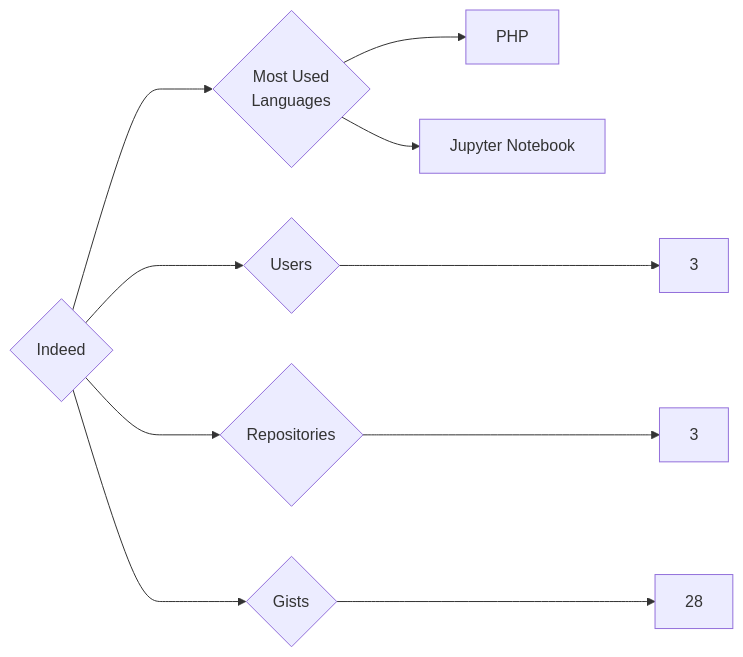
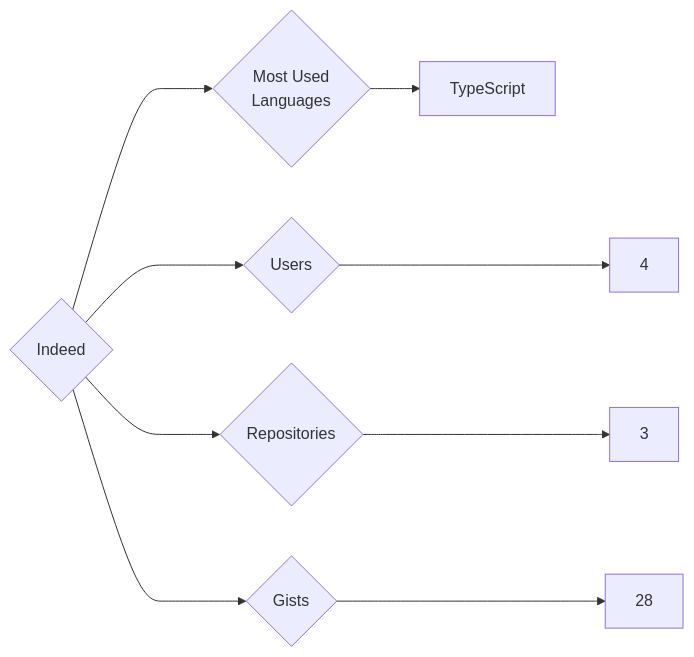
The diagram in targets/Indeed/README.md (trickest/insiders), drawn with Mermaid before and after one commit. The commit also changed 1003 other files, not shown here.

````diff
--- a/targets/Indeed/README.md
+++ b/targets/Indeed/README.md
@@ -3,10 +3,9 @@
 ```mermaid
 graph LR
 COMPANY_NAME{Indeed}
-COMPANY_NAME ---> U{Users} ---> UN[3]
+COMPANY_NAME ---> U{Users} ---> UN[4]
 COMPANY_NAME ---> R{Repositories} ---> RN[3]
 COMPANY_NAME ---> G{Gists} ---> GN[28]
 COMPANY_NAME ---> ML{Most Used<br>Languages}
-ML --> PHP[PHP]
-ML --> Jupyter_Notebook[Jupyter Notebook]
+ML --> TypeScript[TypeScript]
 ```
````
